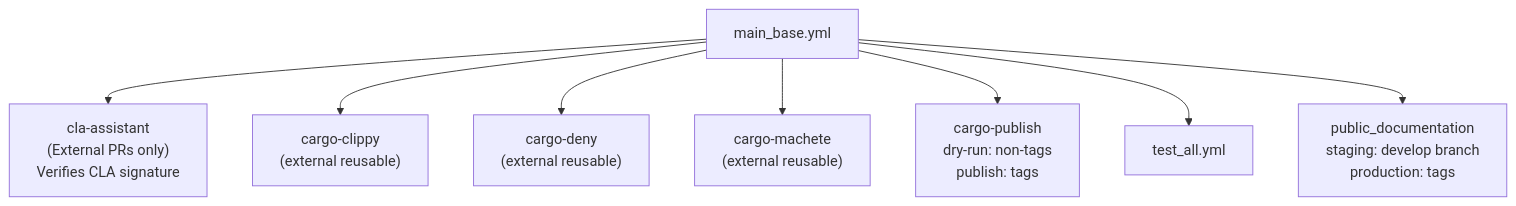
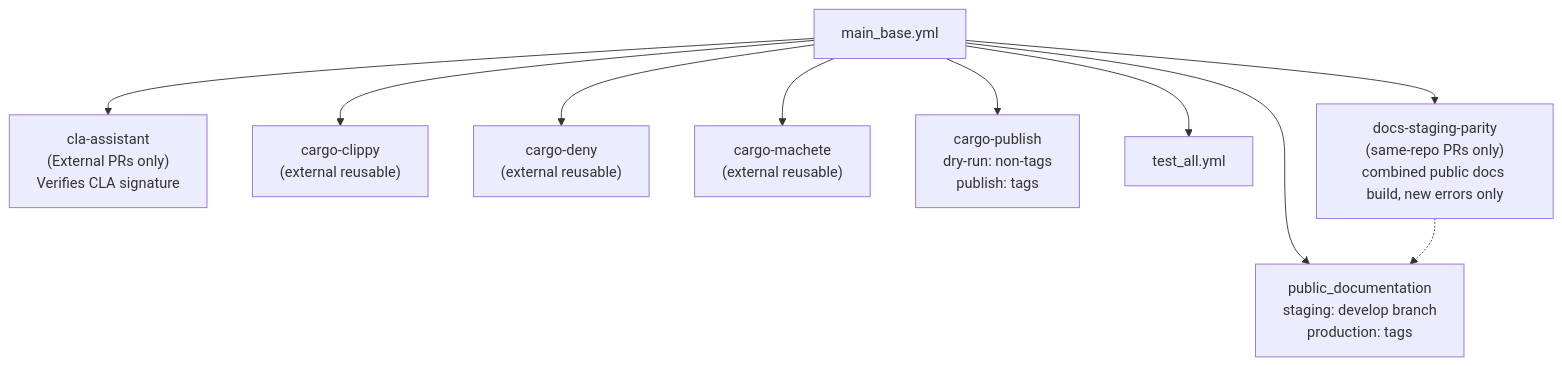
One commit to Cosmian/kms changed the fourth of 17 diagrams in .github/README_WORKFLOWS.md. Above: the diagram before and after it, drawn with Mermaid. The commit also changed 2 other files, not shown here.

Commit message:
fix: finish work

````diff
--- a/.github/README_WORKFLOWS.md
+++ b/.github/README_WORKFLOWS.md
@@ -70,12 +70,14 @@
 ```mermaid
 flowchart TB
     base["main_base.yml"]
     cla["cla-assistant<br/>(External PRs only)<br/>Verifies CLA signature"]
     clippy["cargo-clippy<br/>(external reusable)"]
     deny["cargo-deny<br/>(external reusable)"]
     machete["cargo-machete<br/>(external reusable)"]
     publish["cargo-publish<br/>dry-run: non-tags<br/>publish: tags"]
     tests["test_all.yml"]
+    parity["docs-staging-parity<br/>(same-repo PRs only)<br/>combined public docs build, new errors only"]
     docs["public_documentation<br/>staging: develop branch<br/>production: tags"]
-    base --> cla & clippy & deny & machete & publish & tests & docs
+    base --> cla & clippy & deny & machete & publish & tests & parity & docs
+    parity -.-> docs
 ```
````
